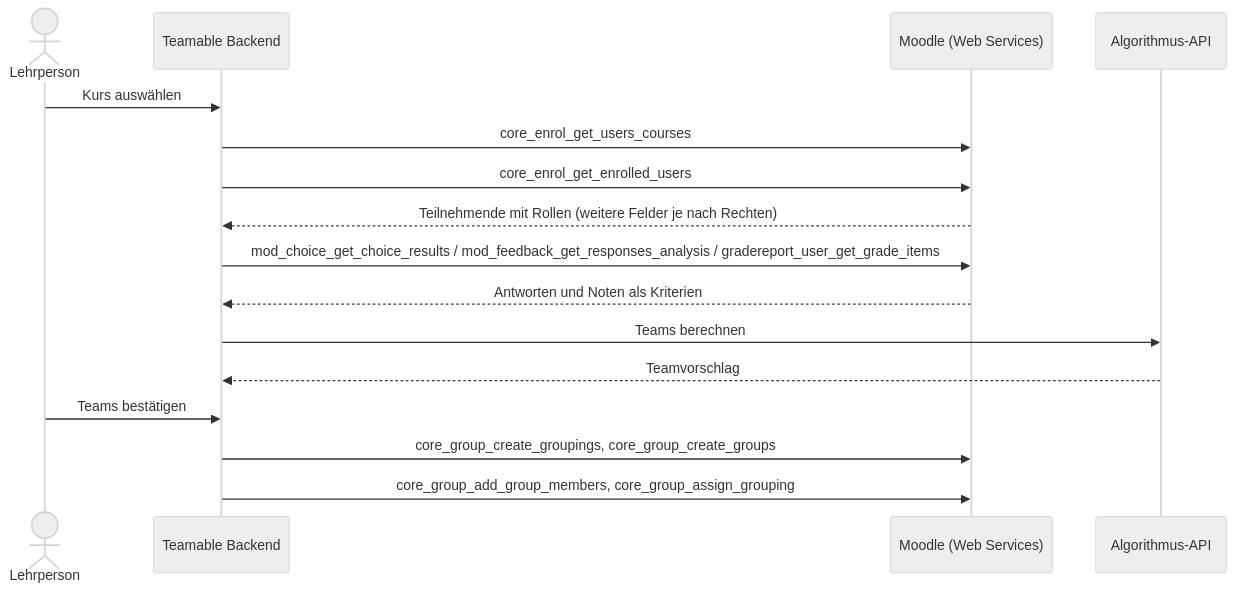
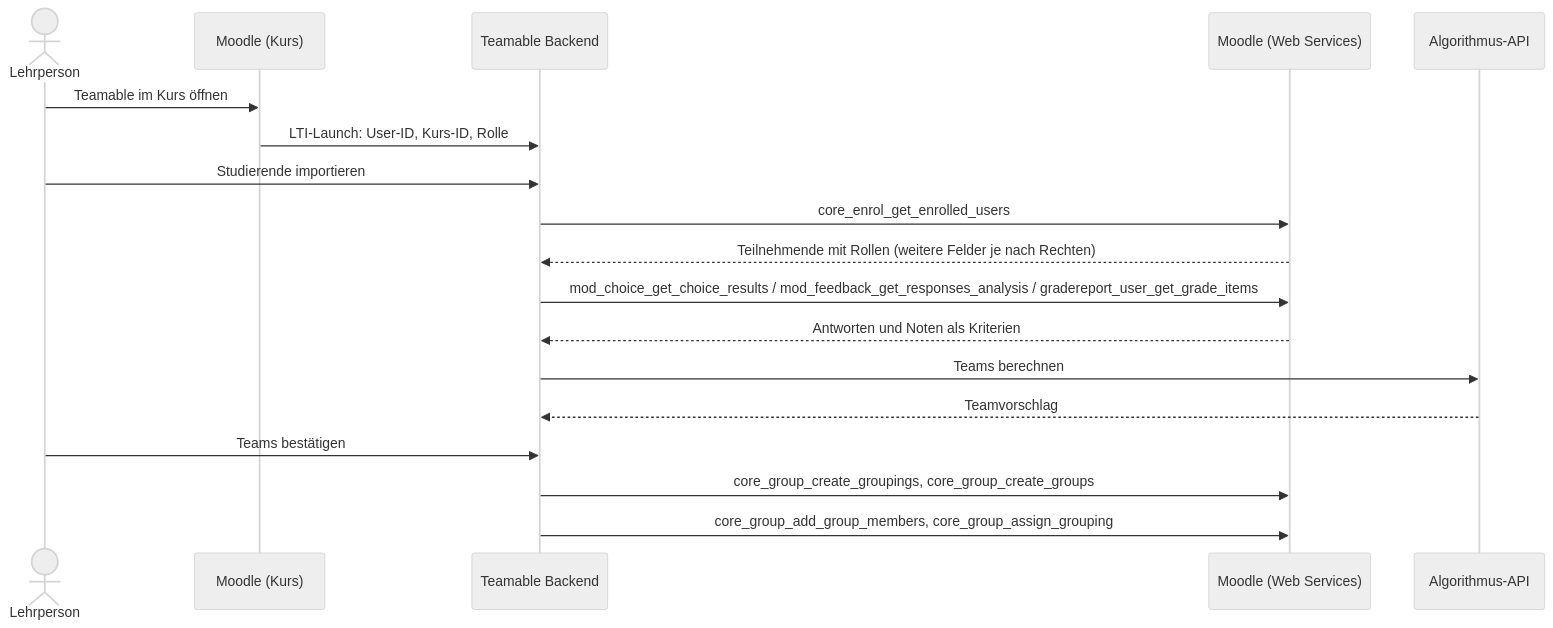
Before and after one commit to Teamprojekt-MSI-BIT-SS26/documentation: the diagram in docs/recherche/LMS-Anbindung/moodle-api.md, drawn with Mermaid (neutral theme). The commit also changed other lines of this file, not shown here.

First line of the commit message:
Moodle-API: Korrekturen nach Abgleich mit dem UBC-Code

````diff
--- a/docs/recherche/LMS-Anbindung/moodle-api.md
+++ b/docs/recherche/LMS-Anbindung/moodle-api.md
@@ -48,19 +45,21 @@
 ```mermaid
 sequenceDiagram
     actor L as Lehrperson
+    participant ML as Moodle (Kurs)
     participant T as Teamable Backend
     participant M as Moodle (Web Services)
     participant A as Algorithmus-API
 
-    L->>T: Kurs auswählen
-    T->>M: core_enrol_get_users_courses
+    L->>ML: Teamable im Kurs öffnen
+    ML->>T: LTI-Launch: User-ID, Kurs-ID, Rolle
+    L->>T: Studierende importieren
     T->>M: core_enrol_get_enrolled_users
     M-->>T: Teilnehmende mit Rollen (weitere Felder je nach Rechten)
     T->>M: mod_choice_get_choice_results / mod_feedback_get_responses_analysis / gradereport_user_get_grade_items
     M-->>T: Antworten und Noten als Kriterien
     T->>A: Teams berechnen
     A-->>T: Teamvorschlag
     L->>T: Teams bestätigen
     T->>M: core_group_create_groupings, core_group_create_groups
     T->>M: core_group_add_group_members, core_group_assign_grouping
 ```
````
